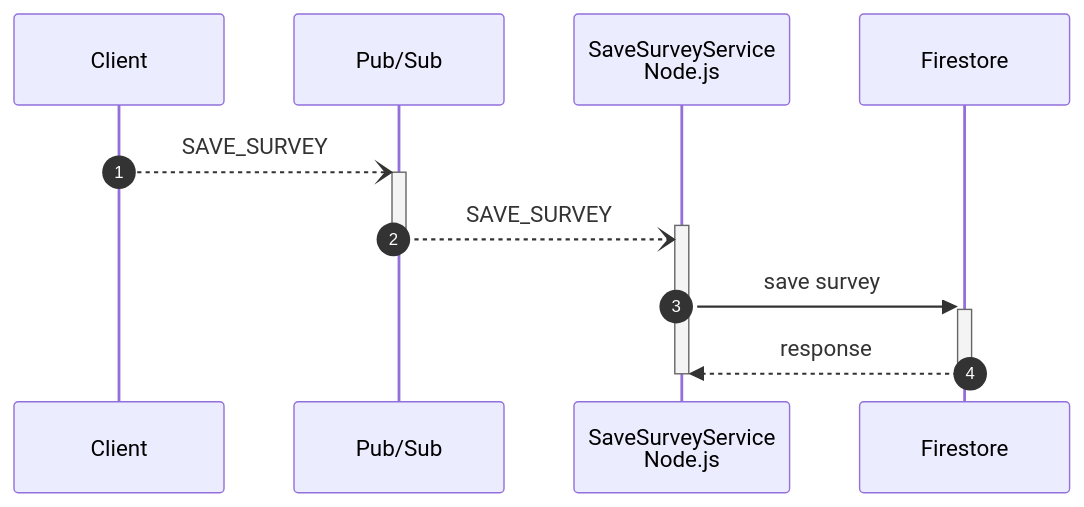
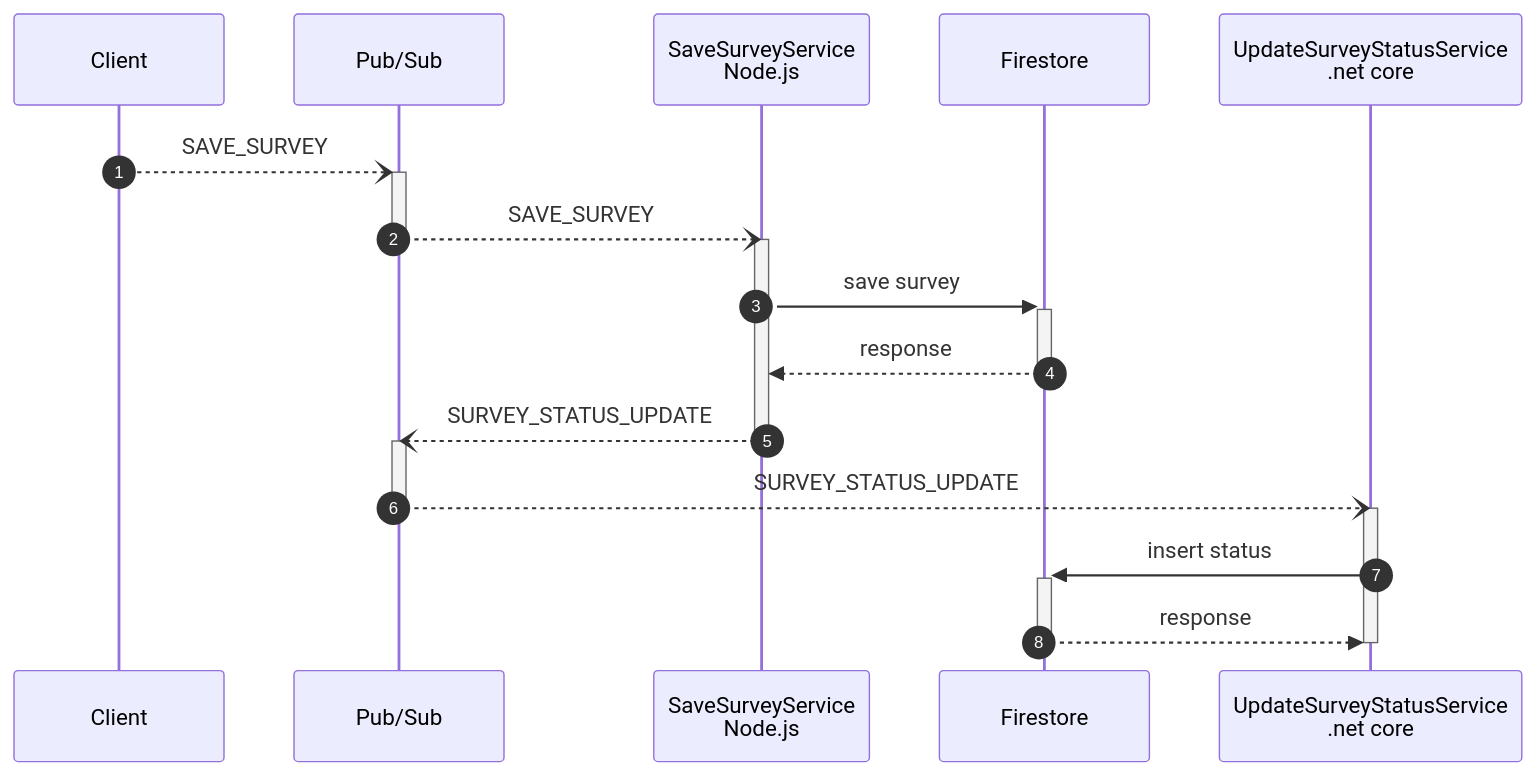
Before and after one commit to MichaelDiers/surveys: the diagram in doc/CreateSurvey.md, drawn with Mermaid. The commit also changed 3 other files, not shown here.

````diff
--- a/doc/CreateSurvey.md
+++ b/doc/CreateSurvey.md
@@ -1,14 +1,24 @@
 ```mermaid
 sequenceDiagram
     autonumber
     participant C as Client
     participant PS as Pub/Sub
     participant SSS as SaveSurveyService<br>Node.js
     participant FS as Firestore
-    C--)+PS: SAVE_SURVEY    
-    PS--)+SSS: SAVE_SURVEY
-    deactivate PS    
-    SSS->>+FS: save survey    
-    FS-->>-SSS: response    
-    deactivate SSS
+    participant USSS as UpdateSurveyStatusService<br>.net core
+    C--)+PS: SAVE_SURVEY
+    PS--)SSS: SAVE_SURVEY
+    deactivate PS
+    activate SSS
+    SSS->>+FS: save survey
+    FS-->>-SSS: response
+    SSS--)-PS: SURVEY_STATUS_UPDATE
+    activate PS
+    PS--)USSS: SURVEY_STATUS_UPDATE
+    deactivate PS
+    activate USSS
+    USSS->>+FS: insert status    
+    FS-->>USSS: response
+    deactivate FS
+    deactivate USSS
 ```
````
